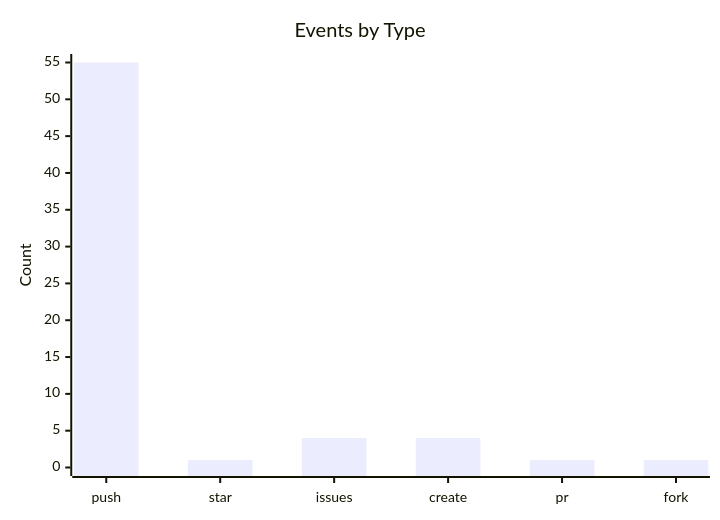
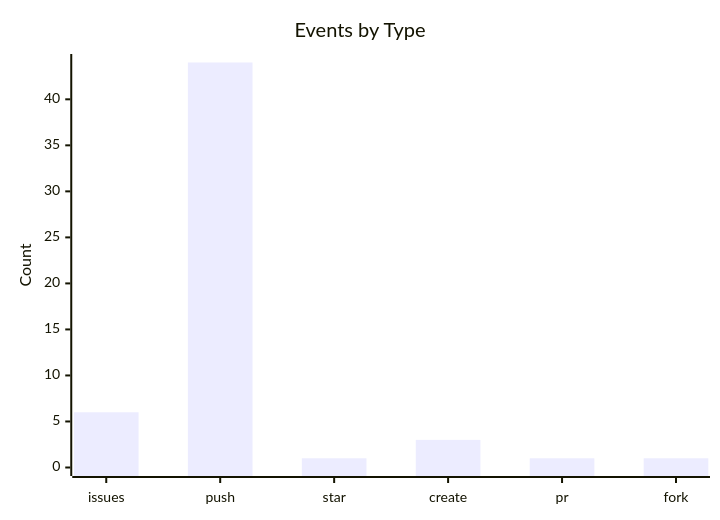
One commit to lunarshe11/lunarshe11 changed the third of 3 diagrams in README.md. Above: the diagram before and after it, drawn with Mermaid. The commit also changed other lines of this file, not shown here.

````diff
--- a/README.md
+++ b/README.md
@@ -39,7 +39,7 @@
 ```mermaid
 xychart-beta
     title "Events by Type"
-    x-axis ["push", "star", "issues", "create", "pr", "fork"]
-    y-axis "Count" 0 --> 55
-    bar [55, 1, 4, 4, 1, 1]
+    x-axis ["issues", "push", "star", "create", "pr", "fork"]
+    y-axis "Count" 0 --> 44
+    bar [6, 44, 1, 3, 1, 1]
 ```
````
